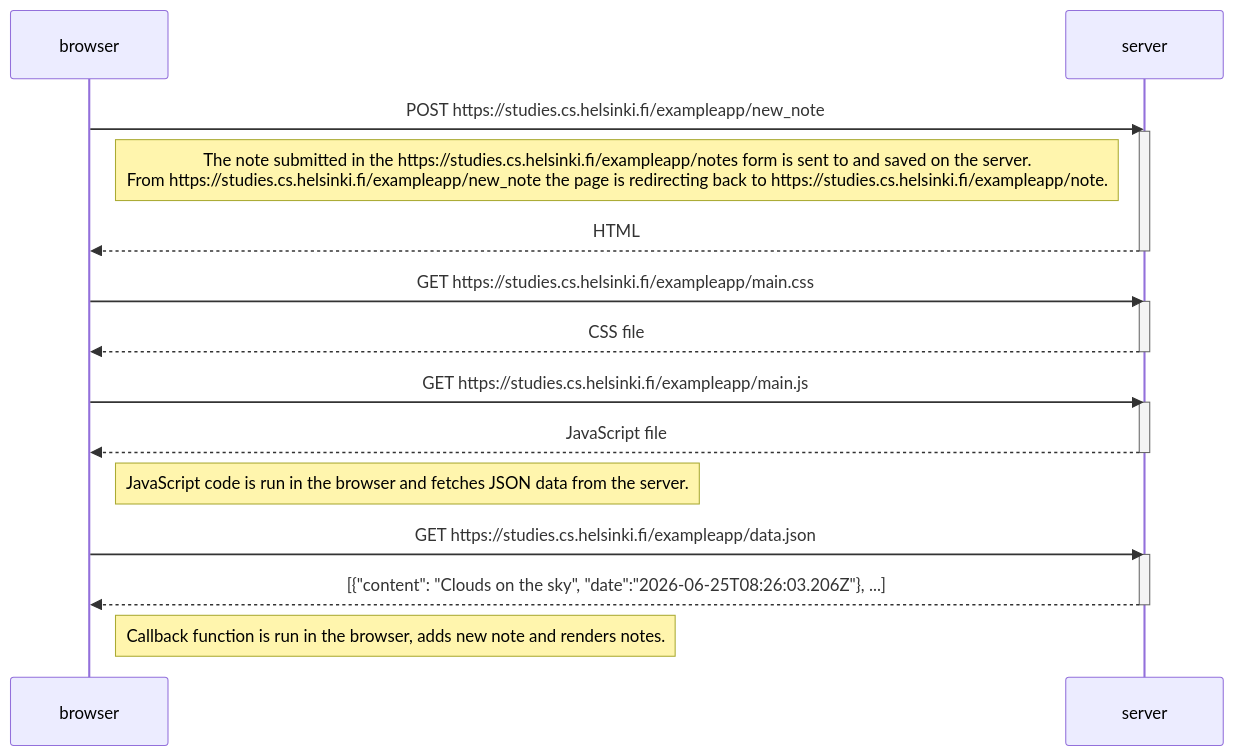
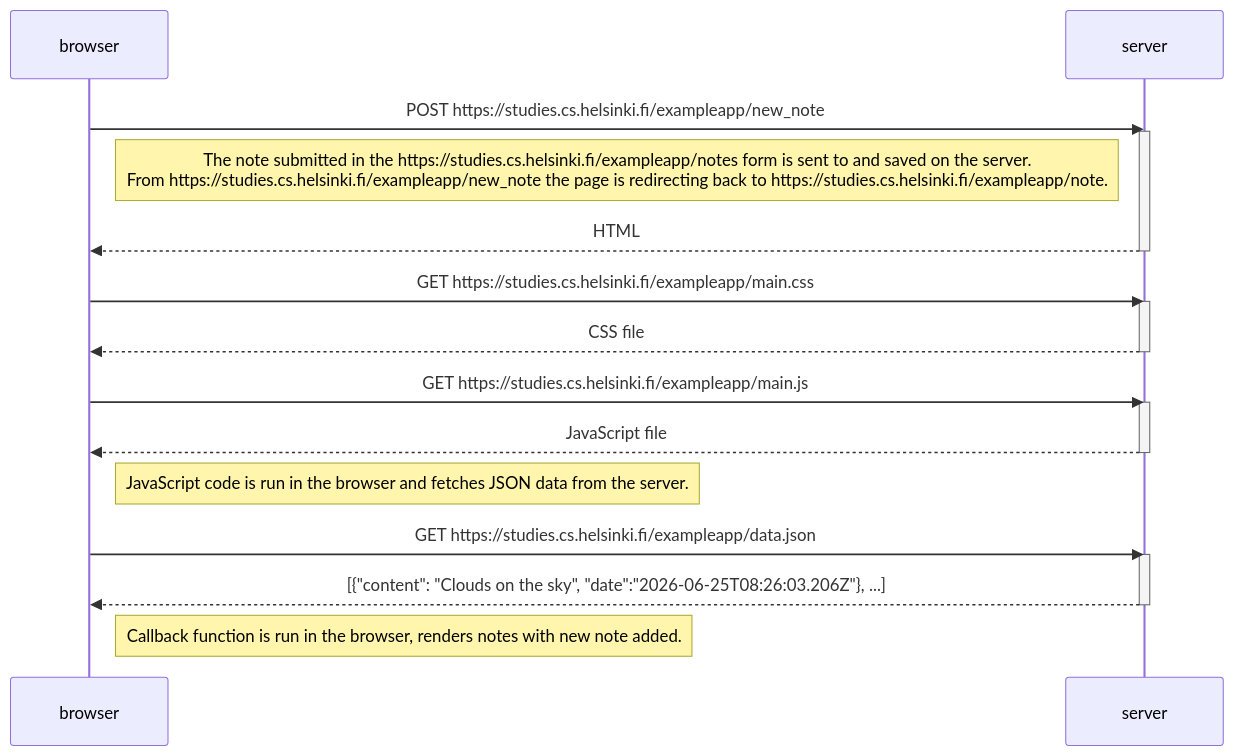
Before and after one commit to Sandrowue/FullStackOpen: the diagram in adding_note_sequence.md, drawn with Mermaid.

Commit message:
Correction of final comment

````diff
--- a/adding_note_sequence.md
+++ b/adding_note_sequence.md
@@ -1,32 +1,32 @@
 ```mermaid
 sequenceDiagram
     participant browser
     participant server
 
     browser->>server: POST https://studies.cs.helsinki.fi/exampleapp/new_note
     activate server
 
     Note right of browser: The note submitted in the https://studies.cs.helsinki.fi/exampleapp/notes form is sent to and saved on the server. <br>From https://studies.cs.helsinki.fi/exampleapp/new_note the page is redirecting back to https://studies.cs.helsinki.fi/exampleapp/note. 
 
     server-->> browser: HTML
     deactivate server
 
     browser->>server: GET https://studies.cs.helsinki.fi/exampleapp/main.css
     activate server
     server-->>browser: CSS file
     deactivate server
 
     browser->>server: GET https://studies.cs.helsinki.fi/exampleapp/main.js
     activate server
     server-->>browser: JavaScript file
     deactivate server
 
     Note right of browser: JavaScript code is run in the browser and fetches JSON data from the server.
 
     browser->>server: GET https://studies.cs.helsinki.fi/exampleapp/data.json
     activate server
     server-->>browser: [{"content": "Clouds on the sky", "date":"2026-06-25T08:26:03.206Z"}, ...] 
     deactivate server
 
-    Note right of browser: Callback function is run in the browser, adds new note and renders notes.
+    Note right of browser: Callback function is run in the browser, renders notes with new note added.
 ```
````
